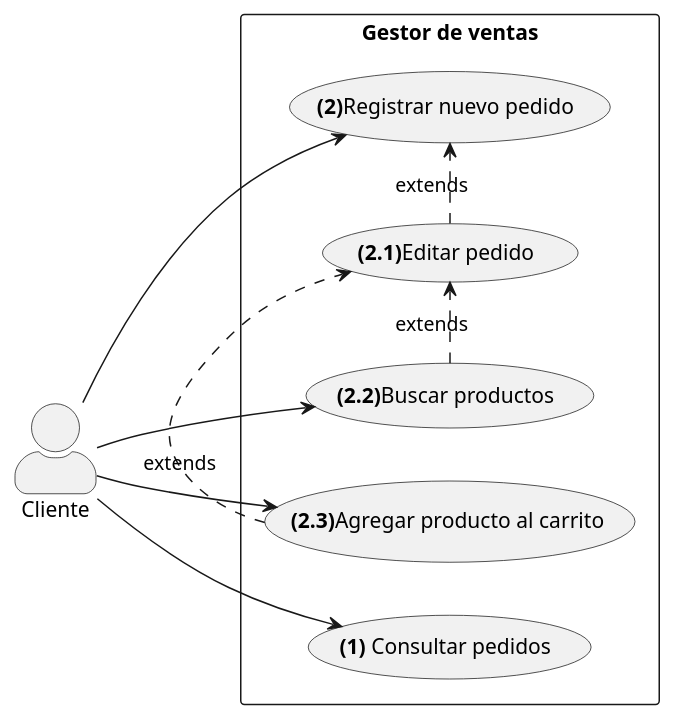
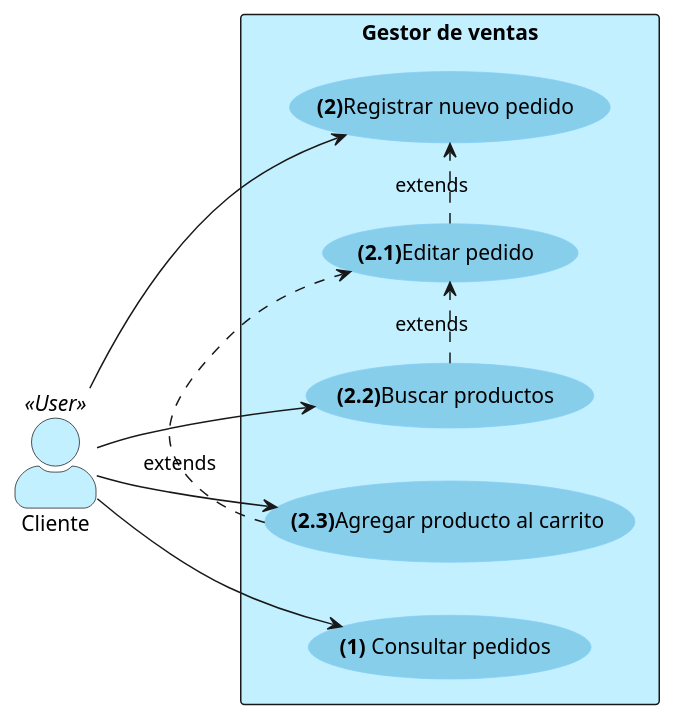
One commit to calmecac-community/lacandon changed the diagram in doc/casos-de-uso/ventas.wsd. Above: the diagram before and after it, drawn with PlantUML. The commit also changed 19 other files, not shown here.

```diff
--- a/doc/casos-de-uso/ventas.wsd
+++ b/doc/casos-de-uso/ventas.wsd
@@ -1,24 +1,28 @@
 @startuml ventas
 left to right direction
 skinparam actorStyle awesome
+skinparam usecase {
+  BackgroundColor SkyBlue
+  BorderColor LightSkyBlue
+}
 
-actor Cliente as cliente
+actor Cliente <<User>> #APPLICATION
 
-rectangle "Gestor de ventas" {
+rectangle "Gestor de ventas" #APPLICATION {
   usecase "<b>(1)</b> Consultar pedidos" as consultarPedidos
   usecase "<b>(2)</b>Registrar nuevo pedido" as registrarPedido
   usecase "<b>(2.1)</b>Editar pedido" as editarPedido
   usecase "<b>(2.2)</b>Buscar productos" as buscarProductos
   usecase "<b>(2.3)</b>Agregar producto al carrito" as agregarProducto
 }
 
 editarPedido .> registrarPedido: extends
 buscarProductos .> editarPedido: extends
 agregarProducto .> editarPedido: extends
 
-cliente --> consultarPedidos
-cliente --> registrarPedido
-cliente --> buscarProductos
-cliente --> agregarProducto
+Cliente --> consultarPedidos
+Cliente --> registrarPedido
+Cliente --> buscarProductos
+Cliente --> agregarProducto
 
 @enduml
```
